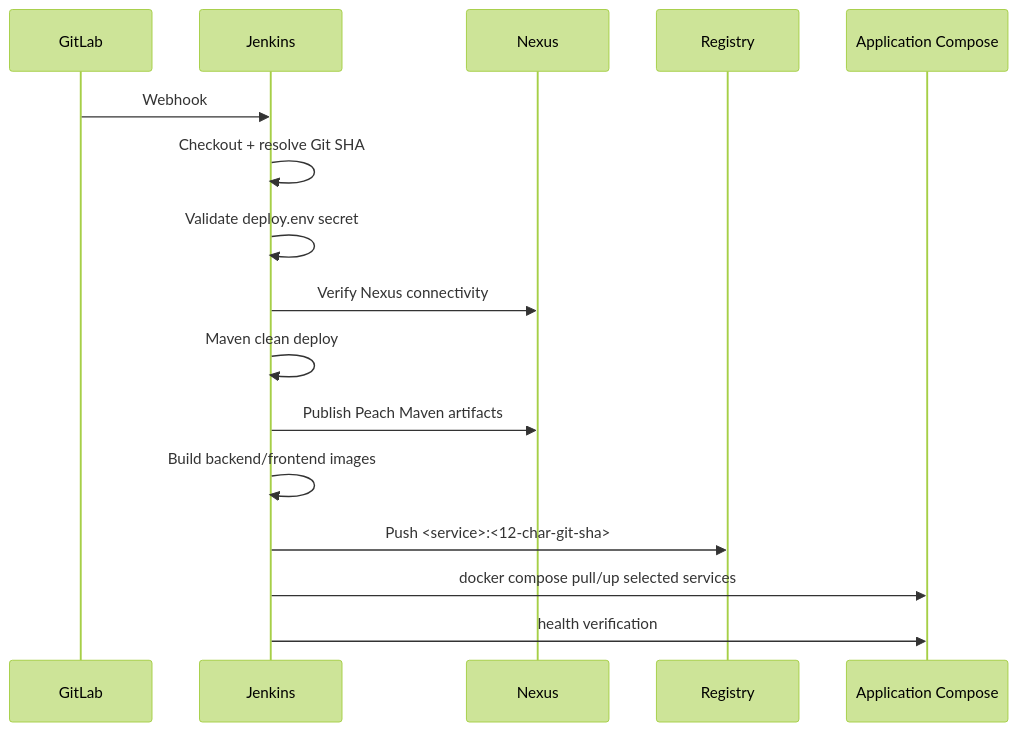
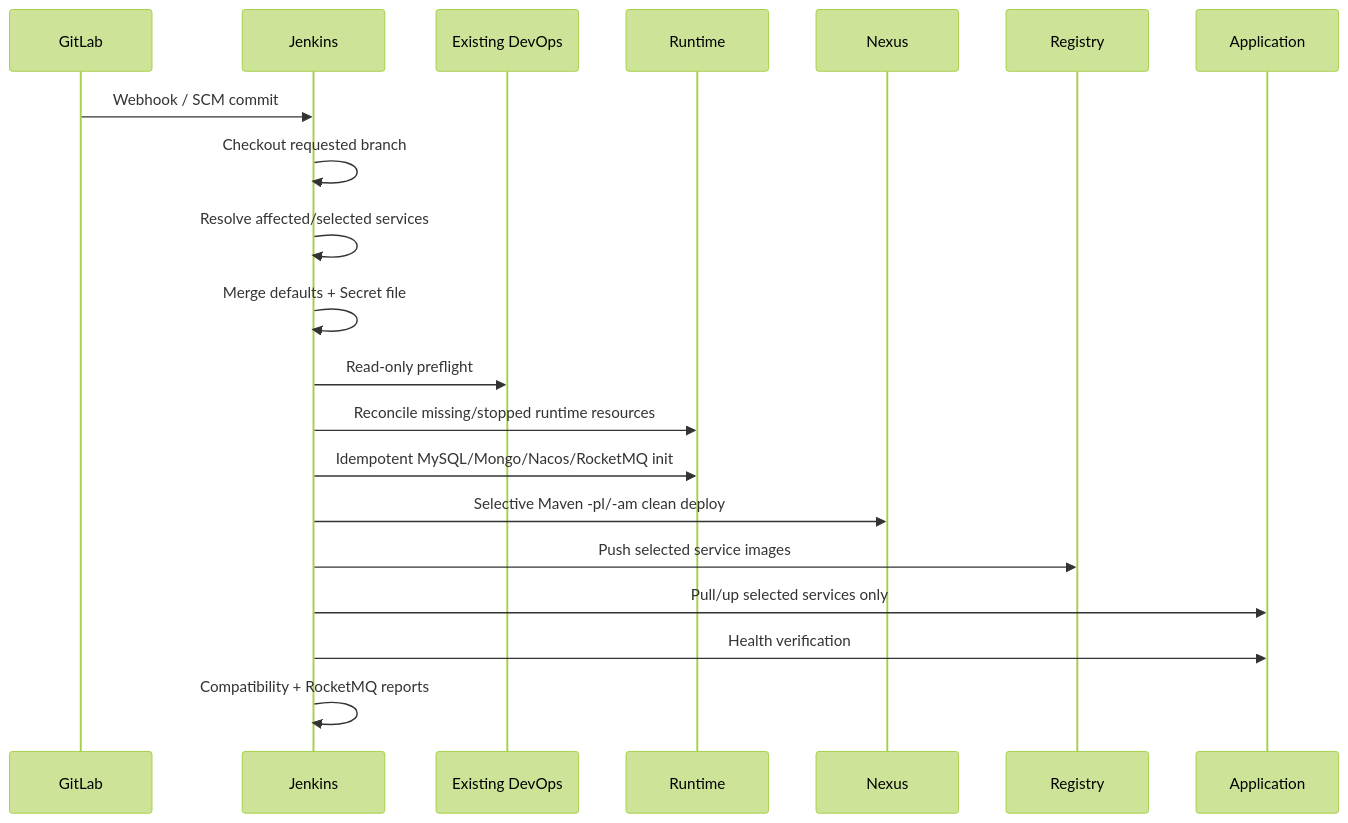
One commit to Ryan-Guizhou/peach-cloud changed the diagram in deploy-pipline/docs/ci-cd.md. Above: the diagram before and after it, drawn with Mermaid (forest theme). The commit also changed other lines of this file and 29 other files, not shown here.

````diff
--- a/deploy-pipline/docs/ci-cd.md
+++ b/deploy-pipline/docs/ci-cd.md
@@ -5,18 +5,22 @@
 ```mermaid
 sequenceDiagram
     participant G as GitLab
     participant J as Jenkins
+    participant D as Existing DevOps
+    participant M as Runtime
     participant N as Nexus
     participant R as Registry
-    participant A as Application Compose
-    G->>J: Webhook
-    J->>J: Checkout + resolve Git SHA
-    J->>J: Validate deploy.env secret
-    J->>N: Verify Nexus connectivity
-    J->>J: Maven clean deploy
-    J->>N: Publish Peach Maven artifacts
-    J->>J: Build backend/frontend images
-    J->>R: Push <service>:<12-char-git-sha>
-    J->>A: docker compose pull/up selected services
-    J->>A: health verification
+    participant A as Application
+    G->>J: Webhook / SCM commit
+    J->>J: Checkout requested branch
+    J->>J: Resolve affected/selected services
+    J->>J: Merge defaults + Secret file
+    J->>D: Read-only preflight
+    J->>M: Reconcile missing/stopped runtime resources
+    J->>M: Idempotent MySQL/Mongo/Nacos/RocketMQ init
+    J->>N: Selective Maven -pl/-am clean deploy
+    J->>R: Push selected service images
+    J->>A: Pull/up selected services only
+    J->>A: Health verification
+    J->>J: Compatibility + RocketMQ reports
 ```
````
